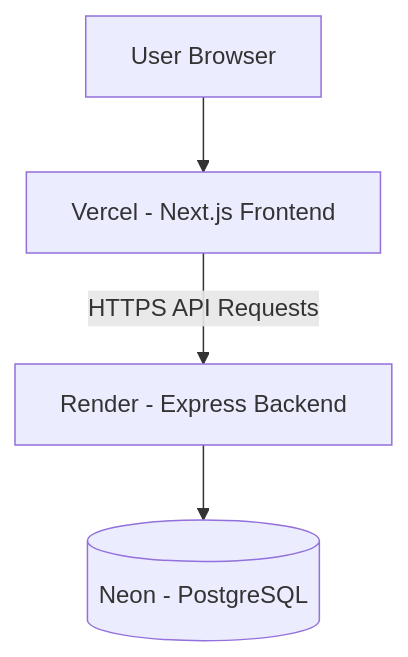
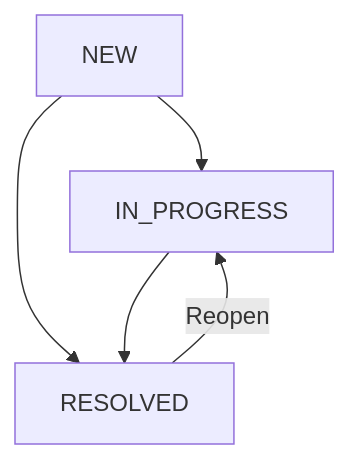
The fifth of 5 diagrams in README.md (dinithanki/customer-inquiry-management-system), drawn with Mermaid before and after one commit. The commit also changed other lines of this file, not shown here.

````diff
--- a/README.md
+++ b/README.md
@@ -747,11 +336,11 @@
 ```mermaid
 flowchart TD
-    USER["User Browser"]
-    VERCEL["Vercel - Next.js Frontend"]
-    RENDER["Render - Express Backend"]
-    NEON[("Neon - PostgreSQL")]
+    NEW["NEW"]
+    PROGRESS["IN_PROGRESS"]
+    RESOLVED["RESOLVED"]
 
-    USER --> VERCEL
-    VERCEL -->|"HTTPS API Requests"| RENDER
-    RENDER --> NEON
+    NEW --> PROGRESS
+    NEW --> RESOLVED
+    PROGRESS --> RESOLVED
+    RESOLVED -->|"Reopen"| PROGRESS
 ```
````
